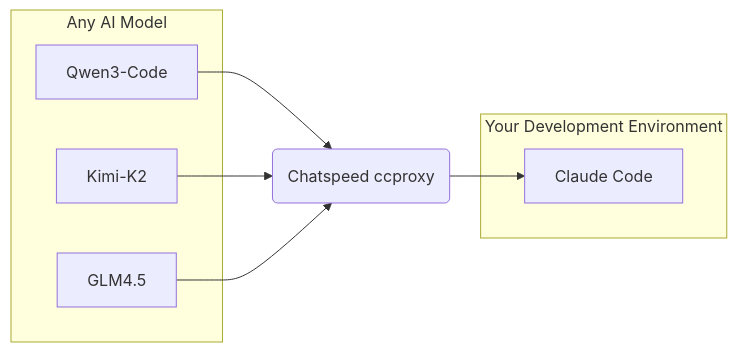
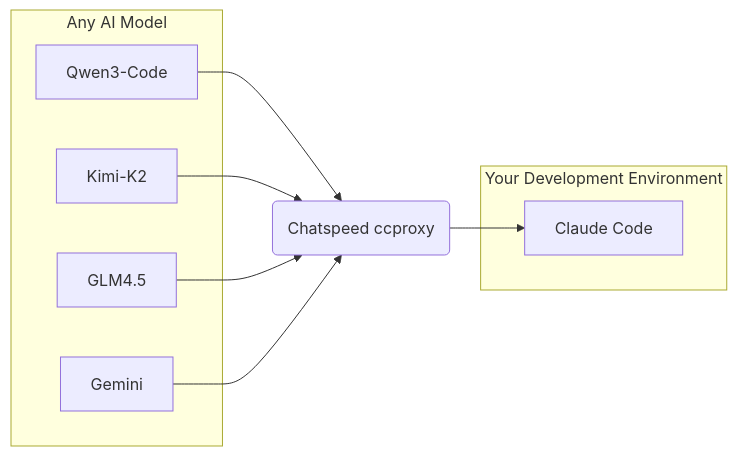
Before and after one commit to aidyou/chatspeed: the first of 2 diagrams in README.zh-CN.md, drawn with Mermaid. The commit also changed other lines of this file and 1 other file, not shown here.

First line of the commit message:
docs: Update architecture diagrams in README files

````diff
--- a/README.zh-CN.md
+++ b/README.zh-CN.md
@@ -9,19 +10,21 @@
 ```mermaid
 graph LR
     subgraph "Any AI Model"
         A[Qwen3-Code]
         B[Kimi-K2]
         C[GLM4.5]
+        D[Gemini]
     end
 
     subgraph "Your Development Environment"
         E[Claude Code]
     end
 
-    D(Chatspeed ccproxy)
+    F(Chatspeed ccproxy)
 
-    A --> D
-    B --> D
-    C --> D
-    D --> E
+    A --> F
+    B --> F
+    C --> F
+    D --> F
+    F --> E
 ```
````
